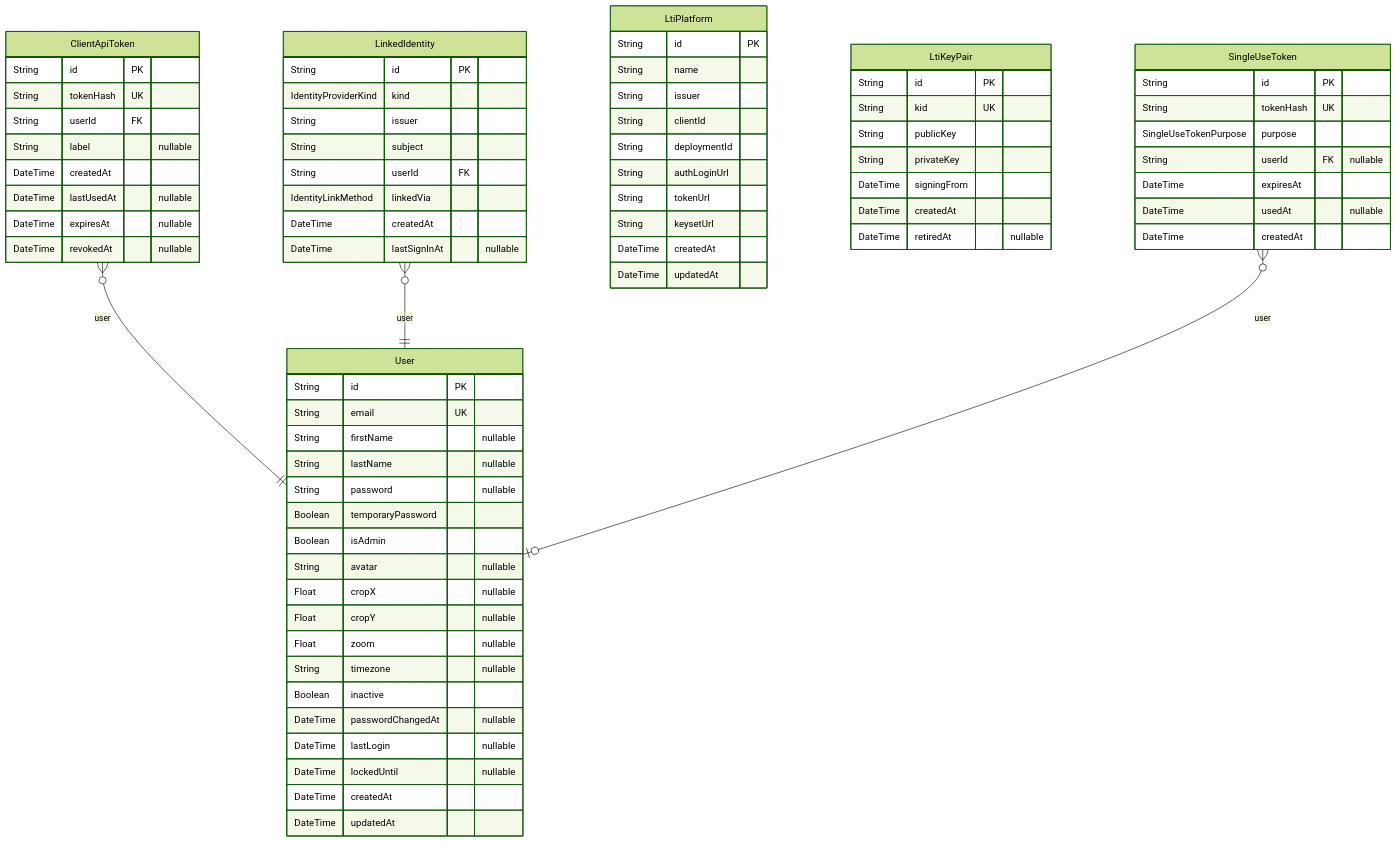
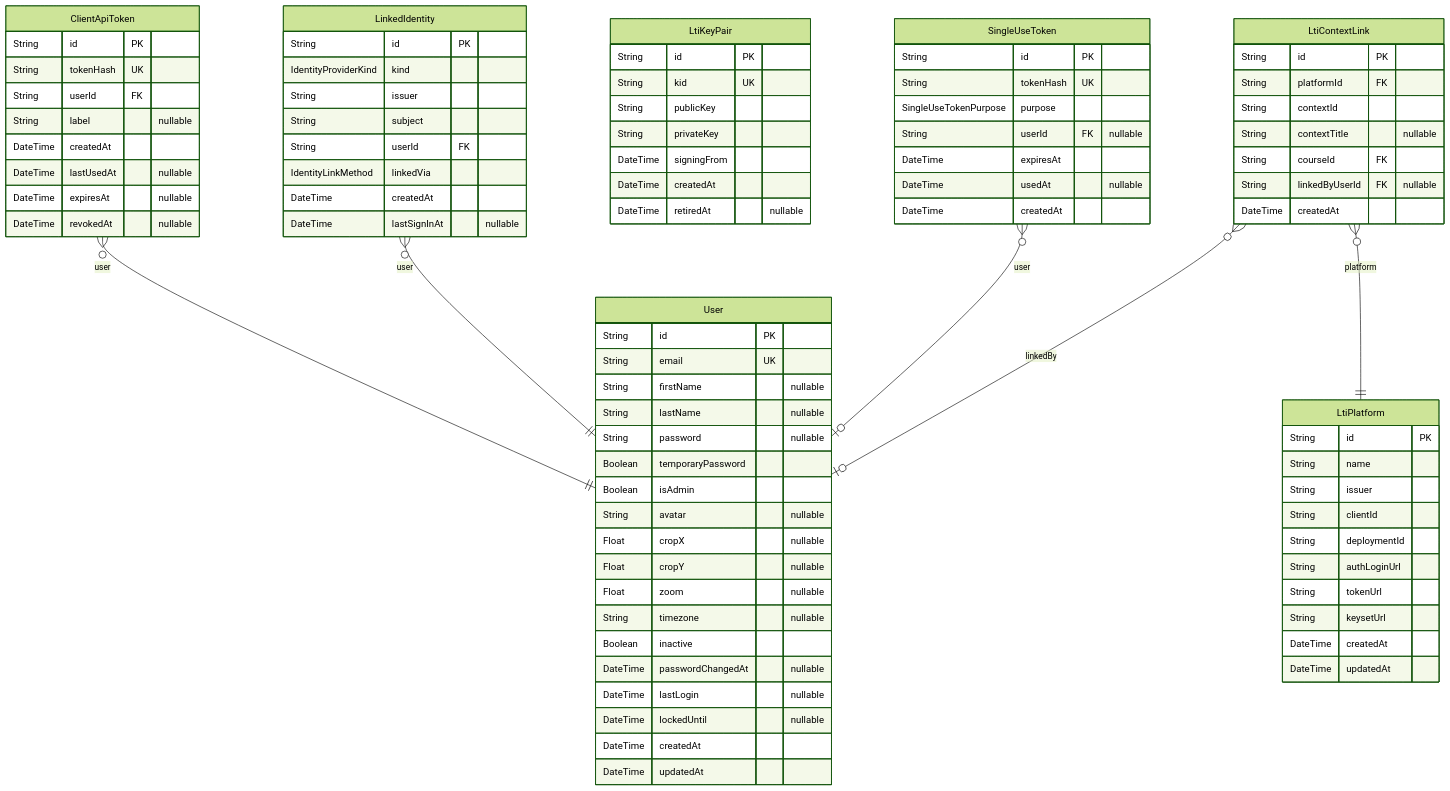
Before and after one commit to PennStateCS/AFCT: the first of 5 diagrams in docs-site/docs/reference/database-schema.md, drawn with Mermaid (forest theme). The commit also changed other lines of this file and 4 other files, not shown here.

````diff
--- a/docs-site/docs/reference/database-schema.md
+++ b/docs-site/docs/reference/database-schema.md
@@ -82,7 +82,18 @@
   DateTime usedAt "nullable"
   DateTime createdAt
 }
+"LtiContextLink" {
+  String id PK
+  String platformId FK
+  String contextId
+  String contextTitle "nullable"
+  String courseId FK
+  String linkedByUserId FK "nullable"
+  DateTime createdAt
+}
 "ClientApiToken" }o--|| "User" : user
 "LinkedIdentity" }o--|| "User" : user
 "SingleUseToken" }o--o| "User" : user
+"LtiContextLink" }o--|| "LtiPlatform" : platform
+"LtiContextLink" }o--o| "User" : linkedBy
 ```
````
